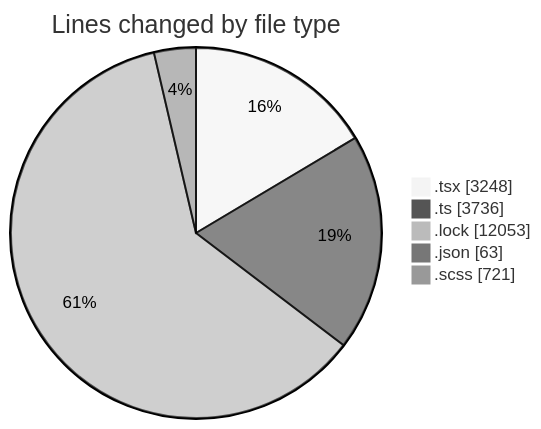
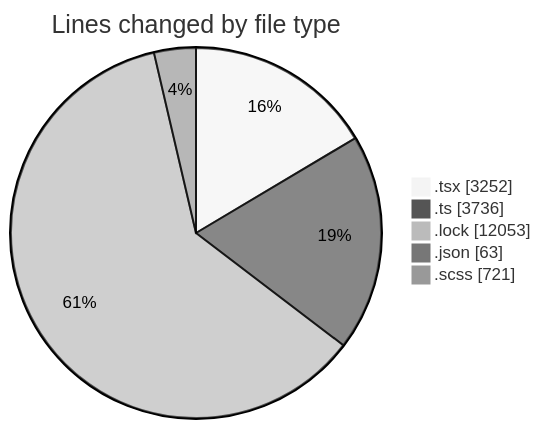
The first of 2 diagrams in 2025-12-03/cda/README.md (momahboobian/code-tracking), drawn with Mermaid (neutral theme) before and after one commit. The commit also changed other lines of this file and 1 other file, not shown here.

````diff
--- a/2025-12-03/cda/README.md
+++ b/2025-12-03/cda/README.md
@@ -32,9 +32,9 @@
 ```mermaid
 pie showData
 title Lines changed by file type
-".tsx" : 3248
+".tsx" : 3252
 ".ts" : 3736
 ".lock" : 12053
 ".json" : 63
 ".scss" : 721
 ```
````
